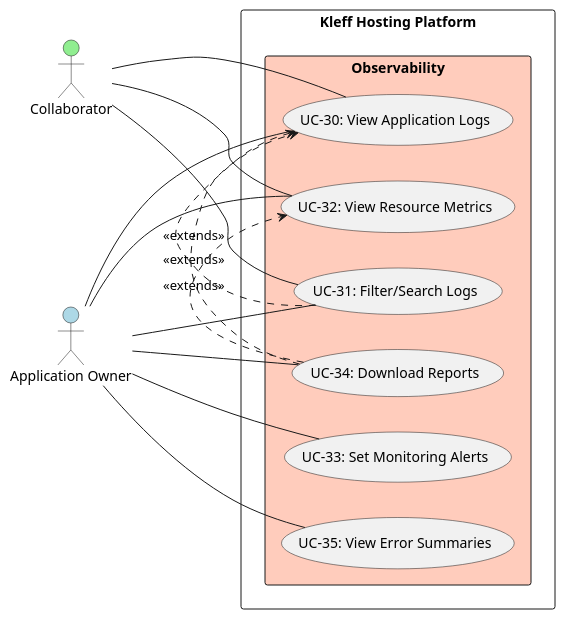
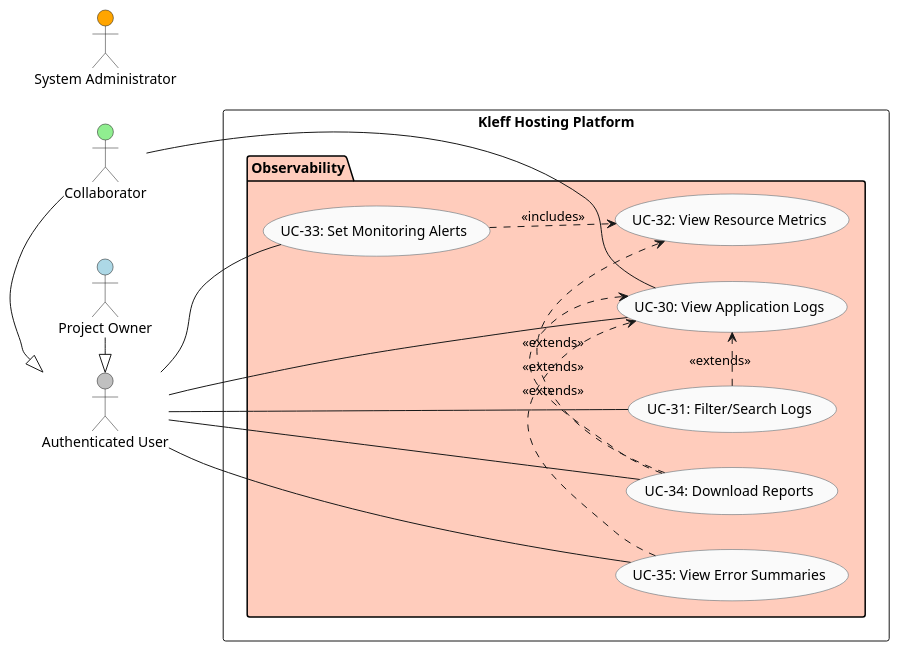
Before and after one commit to kleffio/.github: the diagram in docs/Observability/ObservabilityUseCase.puml, drawn with PlantUML. The commit also changed 5 other files, not shown here.

```diff
--- a/docs/Observability/ObservabilityUseCase.puml
+++ b/docs/Observability/ObservabilityUseCase.puml
@@ -1,37 +1,49 @@
 @startuml Kleff Hosting - Observability Use Cases
 left to right direction
-skinparam packageStyle rectangle
+skinparam shadowing false
+skinparam usecase {
+  BackgroundColor #FAFAFA
+  BorderColor #455A64
+  RoundCorner 14
+}
 
-actor "Application Owner" as Owner #lightblue
+' ==== Actors ====
+actor "Authenticated User" as AuthUser #silver
+actor "Project Owner" as Owner #lightblue
 actor "Collaborator" as Collab #lightgreen
+actor "System Administrator" as Admin #orange
+
+Owner -|> AuthUser
+Collab -|> AuthUser
 
 rectangle "Kleff Hosting Platform" {
+
   package "Observability" #FFCCBC {
     usecase "UC-30: View Application Logs" as UC30
     usecase "UC-31: Filter/Search Logs" as UC31
     usecase "UC-32: View Resource Metrics" as UC32
     usecase "UC-33: Set Monitoring Alerts" as UC33
     usecase "UC-34: Download Reports" as UC34
     usecase "UC-35: View Error Summaries" as UC35
   }
 }
 
-' Owner
-Owner -- UC30
-Owner -- UC31
-Owner -- UC32
-Owner -- UC33
-Owner -- UC34
-Owner -- UC35
+' ==== Actor Relationships ====
+AuthUser -- UC30
+AuthUser -- UC31
+AuthUser -- UC33
+AuthUser -- UC34
+AuthUser -- UC35
 
-' Collaborator
 Collab -- UC30
-Collab -- UC31
-Collab -- UC32
 
-' Extends
+' ==== EXTENDS ====
 UC31 .> UC30 : <<extends>>
 UC34 .> UC30 : <<extends>>
 UC34 .> UC32 : <<extends>>
+UC35 .> UC30 : <<extends>>
+
+' ==== INCLUDES ====
+UC33 ..> UC32 : <<includes>>
 
 @enduml
```
